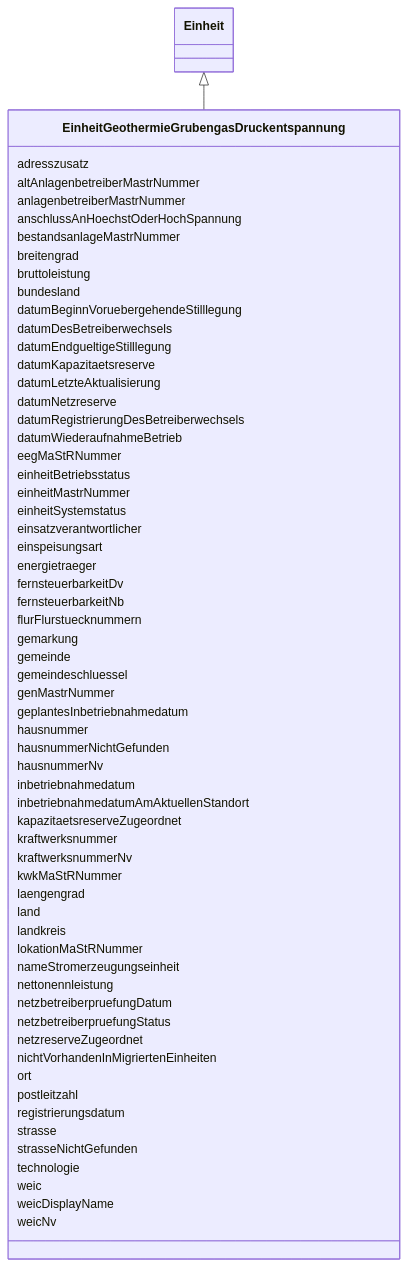
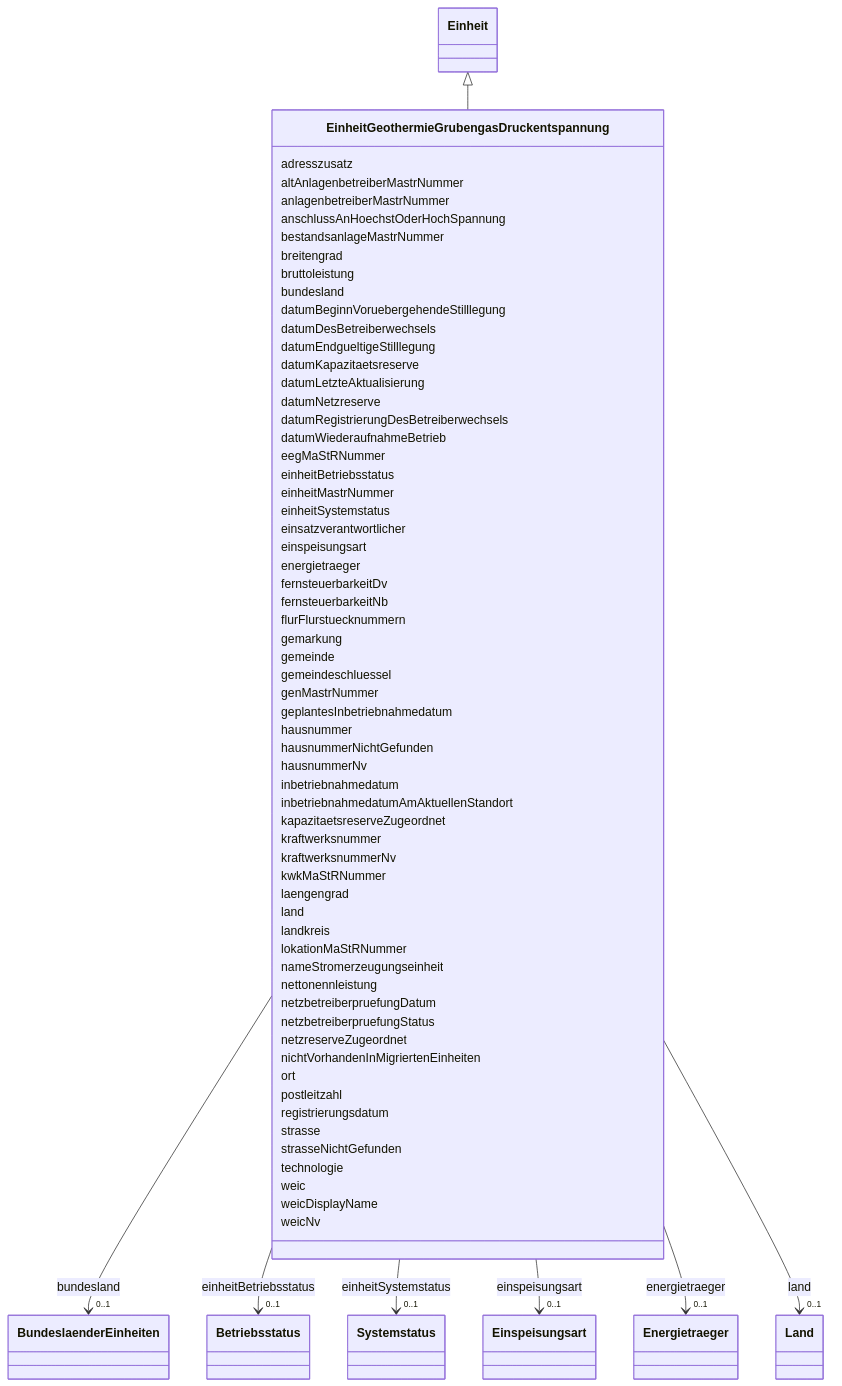
One commit to FlorianK13/mastr-model changed the diagram in docs/schema/classes/EinheitGeothermieGrubengasDruckentspannung.md. Above: the diagram before and after it, drawn with Mermaid. The commit also changed other lines of this file and 86 other files, not shown here.

```diff
--- a/docs/schema/classes/EinheitGeothermieGrubengasDruckentspannung.md
+++ b/docs/schema/classes/EinheitGeothermieGrubengasDruckentspannung.md
@@ -38,6 +38,15 @@
         
       EinheitGeothermieGrubengasDruckentspannung : bundesland
         
+          
+    
+        
+        
+        EinheitGeothermieGrubengasDruckentspannung --> "0..1" BundeslaenderEinheiten : bundesland
+        click BundeslaenderEinheiten href "../../enums/BundeslaenderEinheiten/"
+    
+
+        
       EinheitGeothermieGrubengasDruckentspannung : datumBeginnVoruebergehendeStilllegung
         
       EinheitGeothermieGrubengasDruckentspannung : datumDesBetreiberwechsels
@@ -58,15 +67,51 @@
         
       EinheitGeothermieGrubengasDruckentspannung : einheitBetriebsstatus
         
+          
+    
+        
+        
+        EinheitGeothermieGrubengasDruckentspannung --> "0..1" Betriebsstatus : einheitBetriebsstatus
+        click Betriebsstatus href "../../enums/Betriebsstatus/"
+    
+
+        
       EinheitGeothermieGrubengasDruckentspannung : einheitMastrNummer
         
       EinheitGeothermieGrubengasDruckentspannung : einheitSystemstatus
+        
+          
+    
+        
+        
+        EinheitGeothermieGrubengasDruckentspannung --> "0..1" Systemstatus : einheitSystemstatus
+        click Systemstatus href "../../enums/Systemstatus/"
+    
+
         
       EinheitGeothermieGrubengasDruckentspannung : einsatzverantwortlicher
         
       EinheitGeothermieGrubengasDruckentspannung : einspeisungsart
         
+          
+    
+        
+        
+        EinheitGeothermieGrubengasDruckentspannung --> "0..1" Einspeisungsart : einspeisungsart
+        click Einspeisungsart href "../../enums/Einspeisungsart/"
+    
+
+        
       EinheitGeothermieGrubengasDruckentspannung : energietraeger
+        
+          
+    
+        
+        
+        EinheitGeothermieGrubengasDruckentspannung --> "0..1" Energietraeger : energietraeger
+        click Energietraeger href "../../enums/Energietraeger/"
+    
+
         
       EinheitGeothermieGrubengasDruckentspannung : fernsteuerbarkeitDv
         
@@ -106,6 +151,15 @@
         
       EinheitGeothermieGrubengasDruckentspannung : land
         
+          
+    
+        
+        
+        EinheitGeothermieGrubengasDruckentspannung --> "0..1" Land : land
+        click Land href "../../enums/Land/"
+    
+
+        
       EinheitGeothermieGrubengasDruckentspannung : landkreis
         
       EinheitGeothermieGrubengasDruckentspannung : lokationMaStRNummer
```
